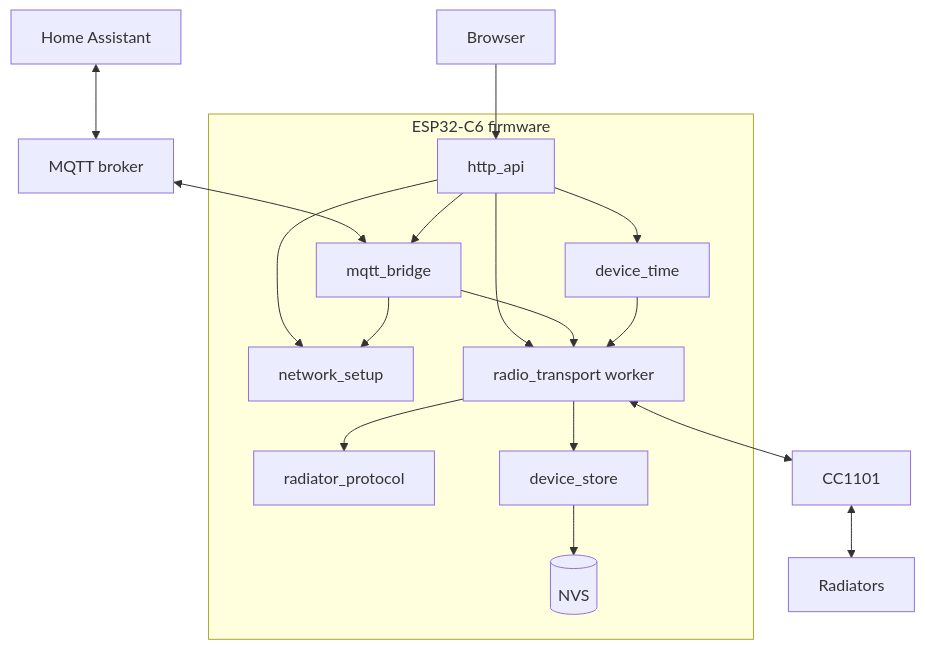
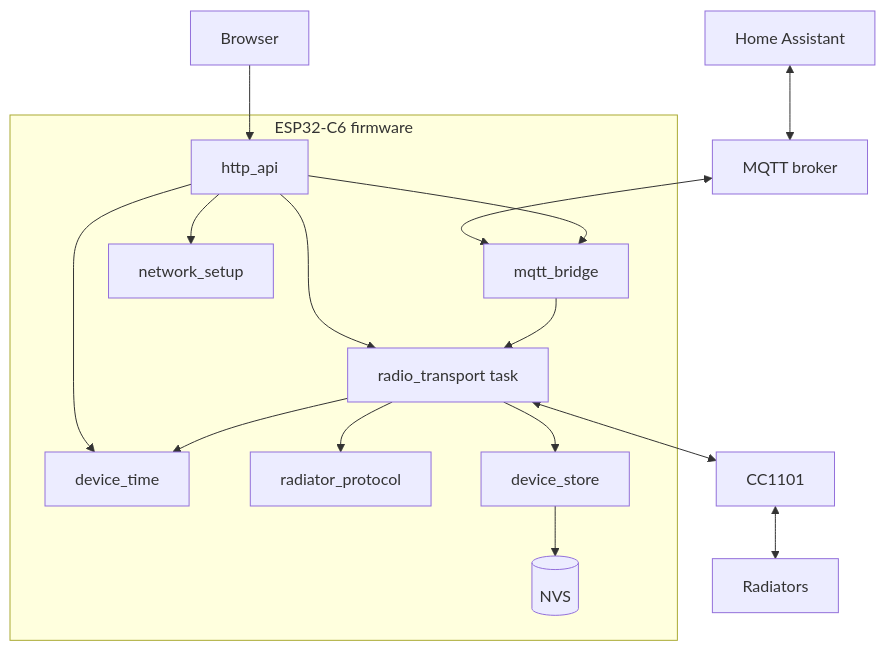
The diagram in docs/architecture.md (hemphen/cleverbox), drawn with Mermaid before and after one commit. The commit also changed other lines of this file and 9 other files, not shown here.

````diff
--- a/docs/architecture.md
+++ b/docs/architecture.md
@@ -5,28 +9,27 @@
 ```mermaid
 flowchart TB
     browser[Browser] --> http
     ha[Home Assistant] <--> broker[MQTT broker]
     broker <--> mqtt
     subgraph fw [ESP32-C6 firmware]
         http[http_api]
         mqtt[mqtt_bridge]
         net[network_setup]
         time[device_time]
-        worker[radio_transport worker]
+        radio[radio_transport task]
         proto[radiator_protocol]
         store[device_store]
         nvs[(NVS)]
-        http --> worker
-        mqtt --> worker
+        http --> radio
+        mqtt --> radio
         http --> net
         http --> time
         http --> mqtt
-        mqtt --> net
-        time --> worker
-        worker --> proto
-        worker --> store
+        radio --> time
+        radio --> proto
+        radio --> store
         store --> nvs
     end
-    worker <--> cc1101[CC1101]
+    radio <--> cc1101[CC1101]
     cc1101 <--> radiators[Radiators]
 ```
````
